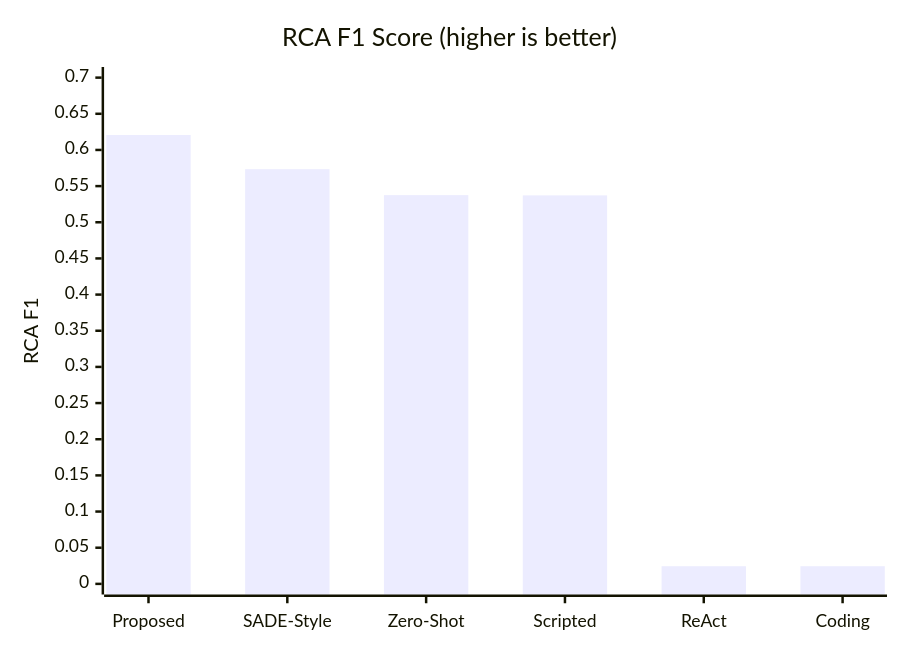
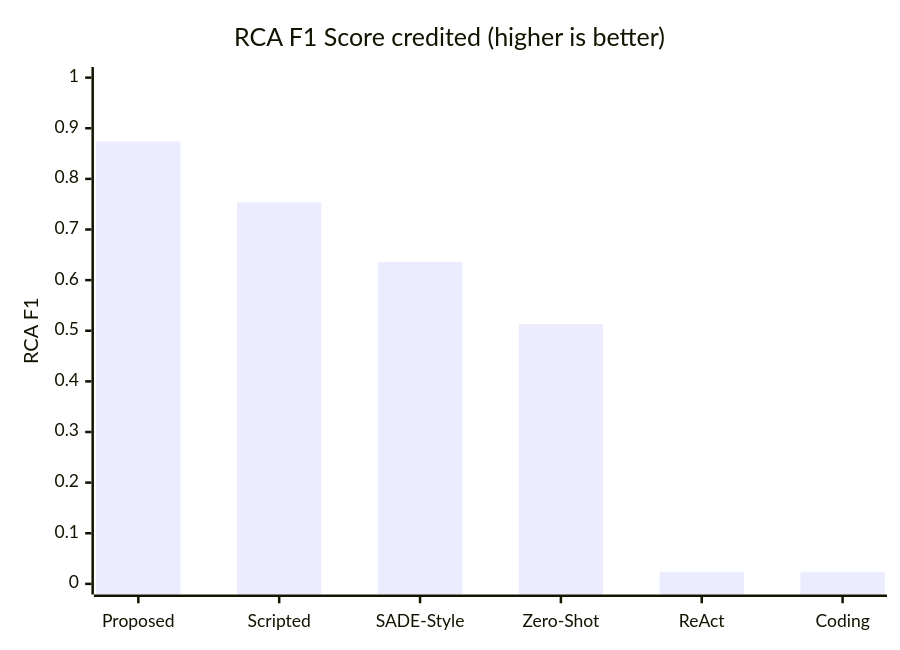
The second of 3 diagrams in README.md (AbdulAzeemHashmi/Autonomous-Network-Troubleshooting-Agent), drawn with Mermaid before and after one commit. The commit also changed other lines of this file, not shown here.

````diff
--- a/README.md
+++ b/README.md
@@ -404,7 +438,7 @@
 ```mermaid
 xychart-beta
-    title "RCA F1 Score (higher is better)"
-    x-axis ["Proposed", "SADE-Style", "Zero-Shot", "Scripted", "ReAct", "Coding"]
-    y-axis "RCA F1" 0 --> 0.7
-    bar [0.6207, 0.5734, 0.5375, 0.5372, 0.0244, 0.0244]
+    title "RCA F1 Score credited (higher is better)"
+    x-axis ["Proposed", "Scripted", "SADE-Style", "Zero-Shot", "ReAct", "Coding"]
+    y-axis "RCA F1" 0 --> 1.0
+    bar [0.874, 0.754, 0.636, 0.513, 0.024, 0.024]
 ```
````
